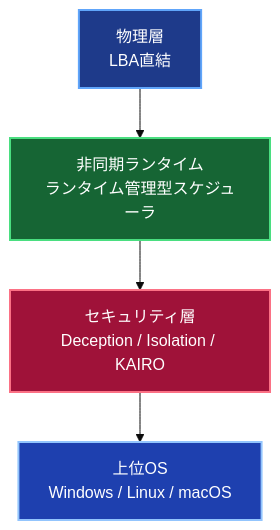
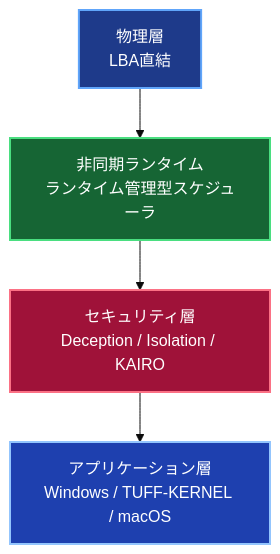
Before and after one commit to elementary-particles-Man/TUFF-OS-ISO: the first of 3 diagrams in マニュアル/TUFF-OS 総合説明書.md, drawn with Mermaid (base theme). The commit also changed other lines of this file and 41 other files, not shown here.

Commit message:
DOCS: Comprehensive overhaul of manuals to reflect Pure Rust Bare-metal Sovereign Core and ZRAM architecture.

````diff
--- a/マニュアル/TUFF-OS 総合説明書.md
+++ b/マニュアル/TUFF-OS 総合説明書.md
@@ -29,16 +29,16 @@
 ```mermaid
 flowchart TD
     A[物理層\nLBA直結] --> B[非同期ランタイム\nランタイム管理型スケジューラ]
     B --> C[セキュリティ層\nDeception / Isolation / KAIRO]
-    C --> D[上位OS\nWindows / Linux / macOS]
+    C --> D[アプリケーション層\nWindows / TUFF-KERNEL / macOS]
 
     classDef phys fill:#1e3a8a,color:#fff,stroke:#60a5fa,stroke-width:2px
     classDef async fill:#166534,color:#fff,stroke:#4ade80,stroke-width:2px
     classDef sec fill:#9f1239,color:#fff,stroke:#fb7185,stroke-width:2px
     classDef upper fill:#1e40af,color:#fff,stroke:#93c5fd,stroke-width:2px
 
     class A phys
     class B async
     class C sec
     class D upper
 ```
````
